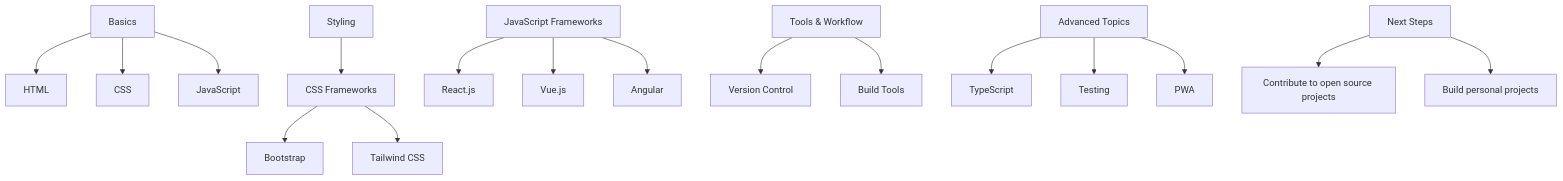
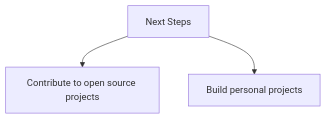
Before and after one commit to fwlc-user002/programming-roadmap: the diagram in FrontEnd.md, drawn with Mermaid.

````diff
--- a/FrontEnd.md
+++ b/FrontEnd.md
@@ -33,19 +33,5 @@
 ```mermaid
 graph TD;
-  A[Basics] --> B[HTML];
-  A --> C[CSS];
-  A --> D[JavaScript];
-  E[Styling] --> F[CSS Frameworks];
-  F --> G[Bootstrap];
-  F --> H[Tailwind CSS];
-  I[JavaScript Frameworks] --> J[React.js];
-  I --> K[Vue.js];
-  I --> L[Angular];
-  M[Tools & Workflow] --> N[Version Control];
-  M --> O[Build Tools];
-  P[Advanced Topics] --> Q[TypeScript];
-  P --> R[Testing];
-  P --> S[PWA];
   T[Next Steps] --> U[Contribute to open source projects];
   T --> V[Build personal projects];
 ```
````
